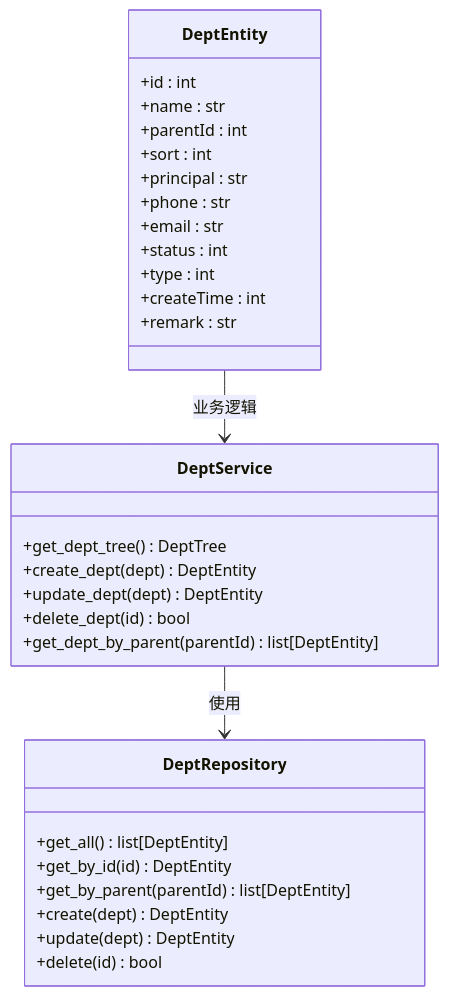
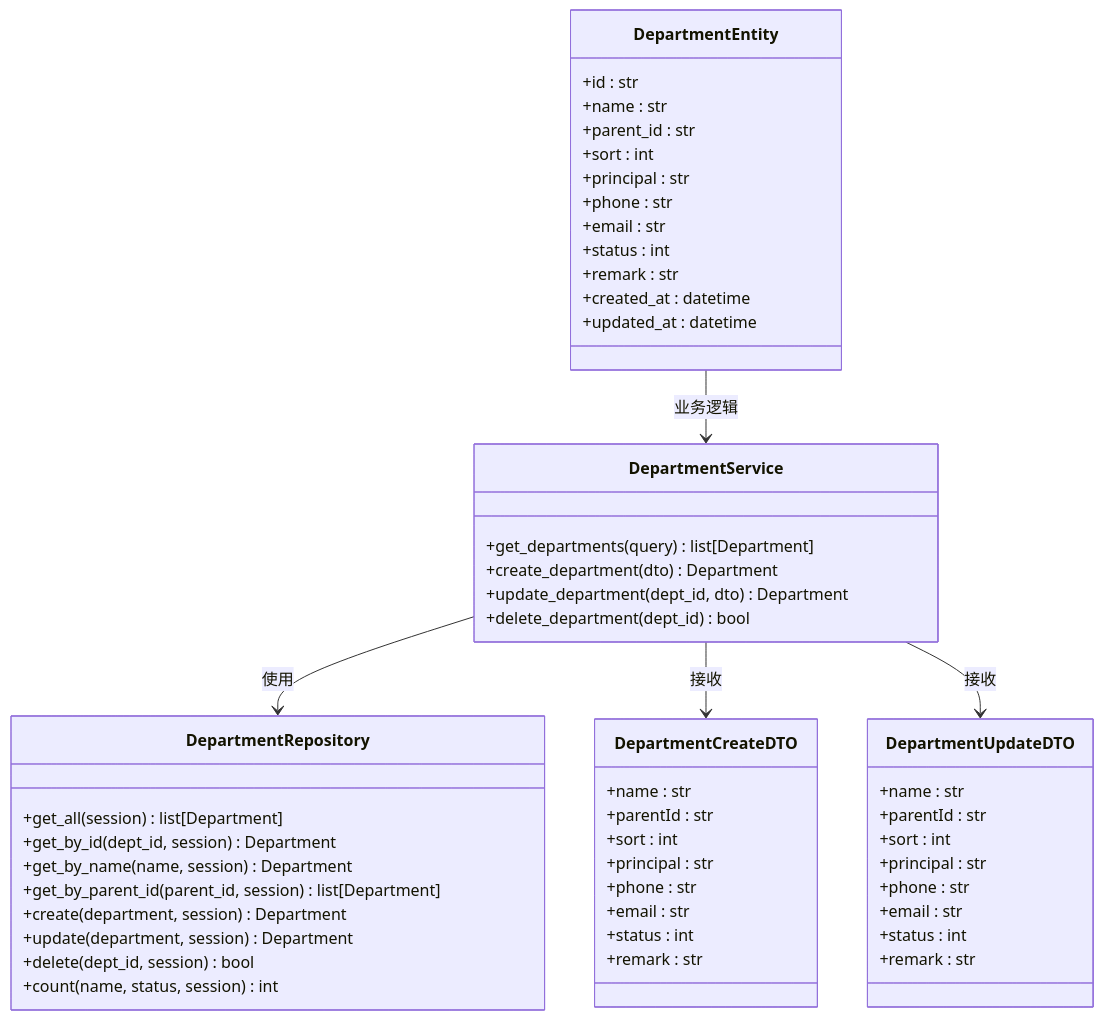
One commit to taoweidong/Hello-FastApi changed the eighth of 16 diagrams in .qoder/repowiki/zh/content/核心模块/系统管理模块.md. Above: the diagram before and after it, drawn with Mermaid. The commit also changed other lines of this file and 9 other files, not shown here.

````diff
--- a/.qoder/repowiki/zh/content/核心模块/系统管理模块.md
+++ b/.qoder/repowiki/zh/content/核心模块/系统管理模块.md
@@ -405,33 +451,56 @@
 ```mermaid
 classDiagram
-class DeptEntity {
-+id : int
+class DepartmentEntity {
++id : str
 +name : str
-+parentId : int
++parent_id : str
 +sort : int
 +principal : str
 +phone : str
 +email : str
 +status : int
-+type : int
-+createTime : int
++remark : str
++created_at : datetime
++updated_at : datetime
+}
+class DepartmentService {
++get_departments(query) list[Department]
++create_department(dto) Department
++update_department(dept_id, dto) Department
++delete_department(dept_id) bool
+}
+class DepartmentRepository {
++get_all(session) list[Department]
++get_by_id(dept_id, session) Department
++get_by_name(name, session) Department
++get_by_parent_id(parent_id, session) list[Department]
++create(department, session) Department
++update(department, session) Department
++delete(dept_id, session) bool
++count(name, status, session) int
+}
+class DepartmentCreateDTO {
++name : str
++parentId : str
++sort : int
++principal : str
++phone : str
++email : str
++status : int
 +remark : str
 }
-class DeptService {
-+get_dept_tree() DeptTree
-+create_dept(dept) DeptEntity
-+update_dept(dept) DeptEntity
-+delete_dept(id) bool
-+get_dept_by_parent(parentId) list[DeptEntity]
+class DepartmentUpdateDTO {
++name : str
++parentId : str
++sort : int
++principal : str
++phone : str
++email : str
++status : int
++remark : str
 }
-class DeptRepository {
-+get_all() list[DeptEntity]
-+get_by_id(id) DeptEntity
-+get_by_parent(parentId) list[DeptEntity]
-+create(dept) DeptEntity
-+update(dept) DeptEntity
-+delete(id) bool
-}
-DeptService --> DeptRepository : 使用
-DeptEntity --> DeptService : 业务逻辑
+DepartmentService --> DepartmentRepository : 使用
+DepartmentService --> DepartmentCreateDTO : 接收
+DepartmentService --> DepartmentUpdateDTO : 接收
+DepartmentEntity --> DepartmentService : 业务逻辑
 ```
````
